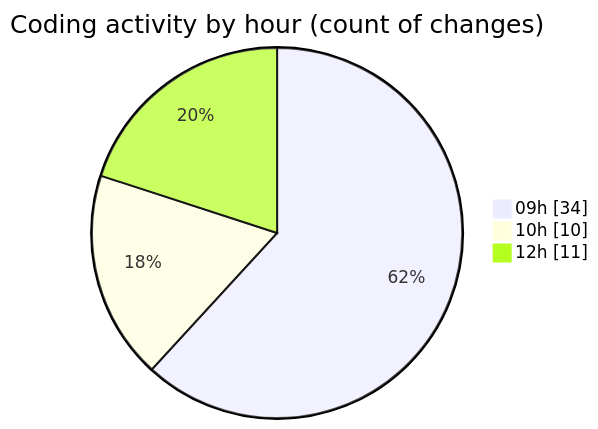
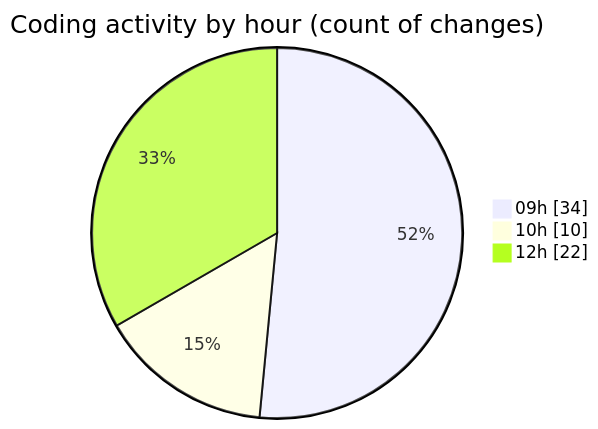
Before and after one commit to momahboobian/code-tracking: the second of 2 diagrams in 2026-07-20/cda/README.md, drawn with Mermaid. The commit also changed other lines of this file and 1 other file, not shown here.

````diff
--- a/2026-07-20/cda/README.md
+++ b/2026-07-20/cda/README.md
@@ -64,7 +66,7 @@
 ```mermaid
 pie showData
 title Coding activity by hour (count of changes)
 "09h" : 34
 "10h" : 10
-"12h" : 11
+"12h" : 22
 ```
````
